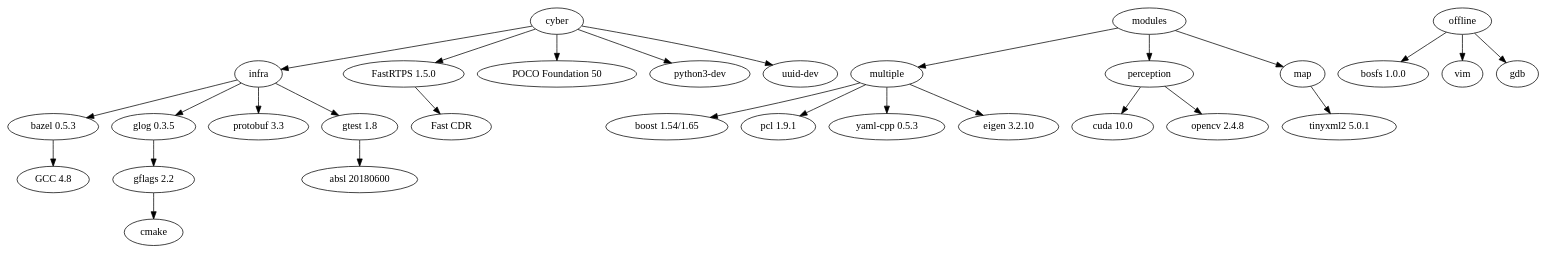
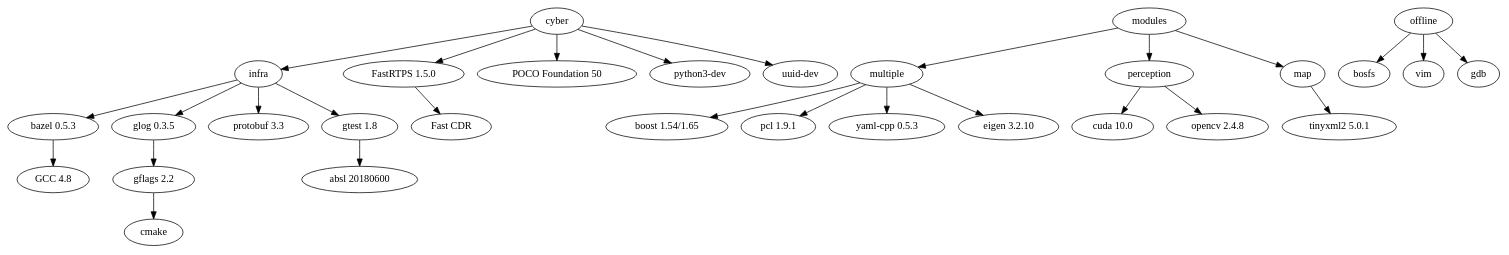
Before and after one commit to JokerWhy233/apollo: the diagram in docker/build/dependencies.dot, drawn with Graphviz. The commit also changed 14 other files, not shown here.

```diff
--- a/docker/build/dependencies.dot
+++ b/docker/build/dependencies.dot
@@ -1,27 +1,27 @@
 digraph {
   "infra" -> "bazel 0.5.3";
   "bazel 0.5.3" -> "GCC 4.8";
   "infra" -> "glog 0.3.5" -> "gflags 2.2" -> "cmake";
   "infra" -> "protobuf 3.3";
   "infra" -> "gtest 1.8" -> "absl 20180600";
 
   "cyber" -> "infra";
   "cyber" -> "FastRTPS 1.5.0" -> "Fast CDR";
   "cyber" -> "POCO Foundation 50";
   "cyber" -> "python3-dev";
   "cyber" -> "uuid-dev";
 
   "modules" -> "multiple" -> "boost 1.54/1.65";
   "multiple" -> "pcl 1.9.1";
   "multiple" -> "yaml-cpp 0.5.3";
   "multiple" -> "eigen 3.2.10";
 
   "modules" -> "perception" -> "cuda 10.0";
   "perception" -> "opencv 2.4.8";
 
   "modules" -> "map" -> "tinyxml2 5.0.1";
 
-  "offline" -> "bosfs 1.0.0";
+  "offline" -> "bosfs";
   "offline" -> "vim";
   "offline" -> "gdb";
 }
```
